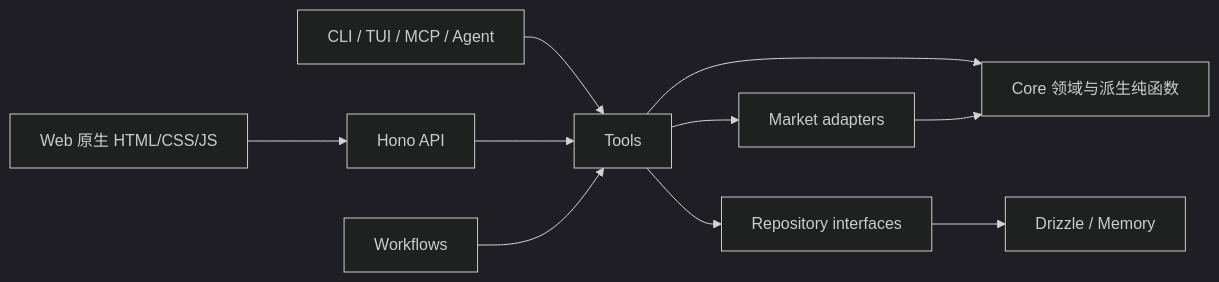
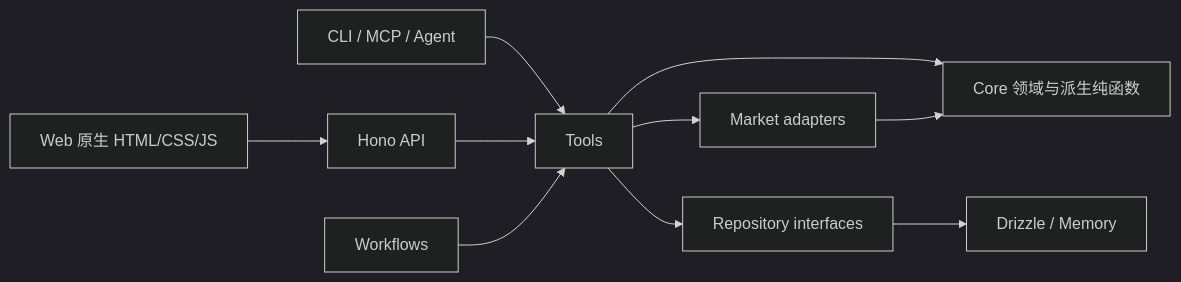
Before and after one commit to KowL/luoome: the first of 3 diagrams in docs/ddd/strategy-workspace-detailed-design.md, drawn with Mermaid (dark theme). The commit also changed 84 other files, not shown here.

````diff
--- a/docs/ddd/strategy-workspace-detailed-design.md
+++ b/docs/ddd/strategy-workspace-detailed-design.md
@@ -90,12 +90,12 @@
 ```mermaid
 flowchart LR
   Web["Web 原生 HTML/CSS/JS"] --> Api["Hono API"]
-  Cli["CLI / TUI / MCP / Agent"] --> Tools["Tools"]
+  Cli["CLI / MCP / Agent"] --> Tools["Tools"]
   Api --> Tools
   Workflow["Workflows"] --> Tools
   Tools --> Core["Core 领域与派生纯函数"]
   Tools --> Repo["Repository interfaces"]
   Repo --> Db["Drizzle / Memory"]
   Adapter["Market adapters"] --> Core
   Tools --> Adapter
 ```
````
